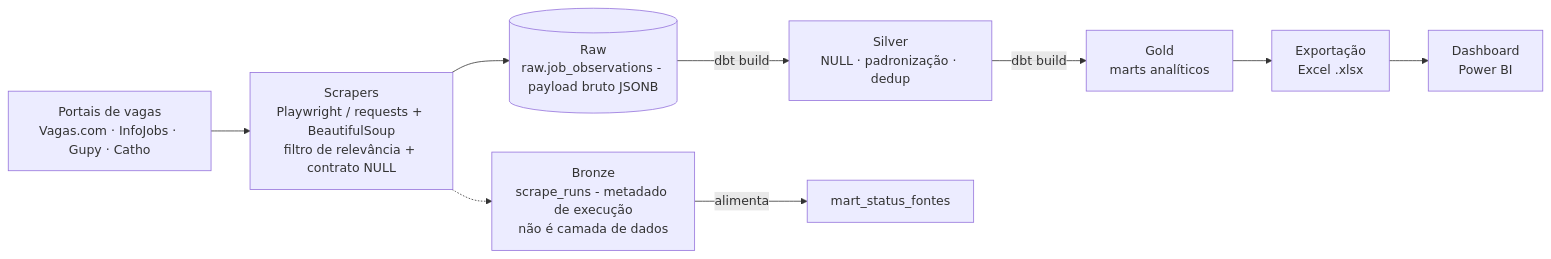
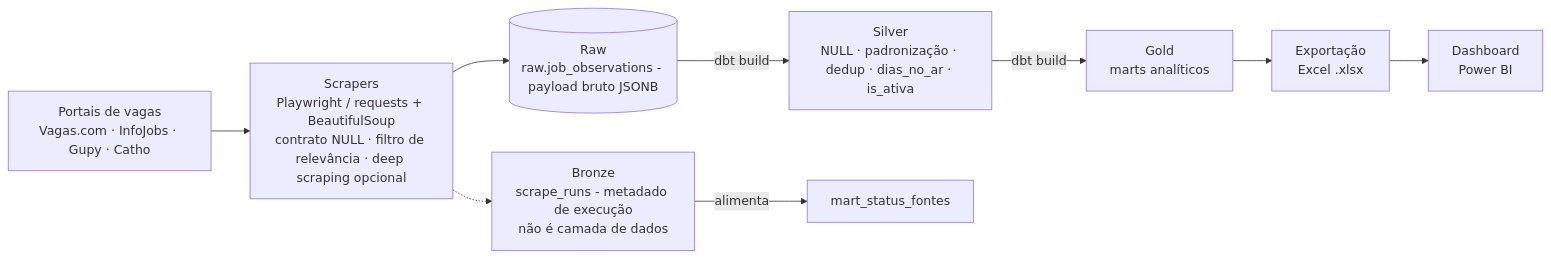
Before and after one commit to Willian-Cruz/hub_vagas: the diagram in README.md, drawn with Mermaid. The commit also changed other lines of this file and 1 other file, not shown here.

First line of the commit message:
docs: delete ARCHITECTURE.md; consolidate toda a documentação no README

````diff
--- a/README.md
+++ b/README.md
@@ -28,11 +29,11 @@
 ```mermaid
 flowchart LR
-    A[Portais de vagas<br/>Vagas.com · InfoJobs · Gupy · Catho] --> B[Scrapers<br/>Playwright / requests + BeautifulSoup<br/>filtro de relevância + contrato NULL]
+    A[Portais de vagas<br/>Vagas.com · InfoJobs · Gupy · Catho] --> B[Scrapers<br/>Playwright / requests + BeautifulSoup<br/>contrato NULL · filtro de relevância · deep scraping opcional]
     B --> C[(Raw<br/>raw.job_observations - payload bruto JSONB)]
-    C -->|dbt build| D[Silver<br/>NULL · padronização · dedup]
+    C -->|dbt build| D[Silver<br/>NULL · padronização · dedup · dias_no_ar · is_ativa]
     D -->|dbt build| E[Gold<br/>marts analíticos]
     E --> F[Exportação<br/>Excel .xlsx]
     F --> G[Dashboard<br/>Power BI]
     B -.-> H[Bronze<br/>scrape_runs - metadado de execução<br/>não é camada de dados]
     H -->|alimenta| I[mart_status_fontes]
 ```
````
